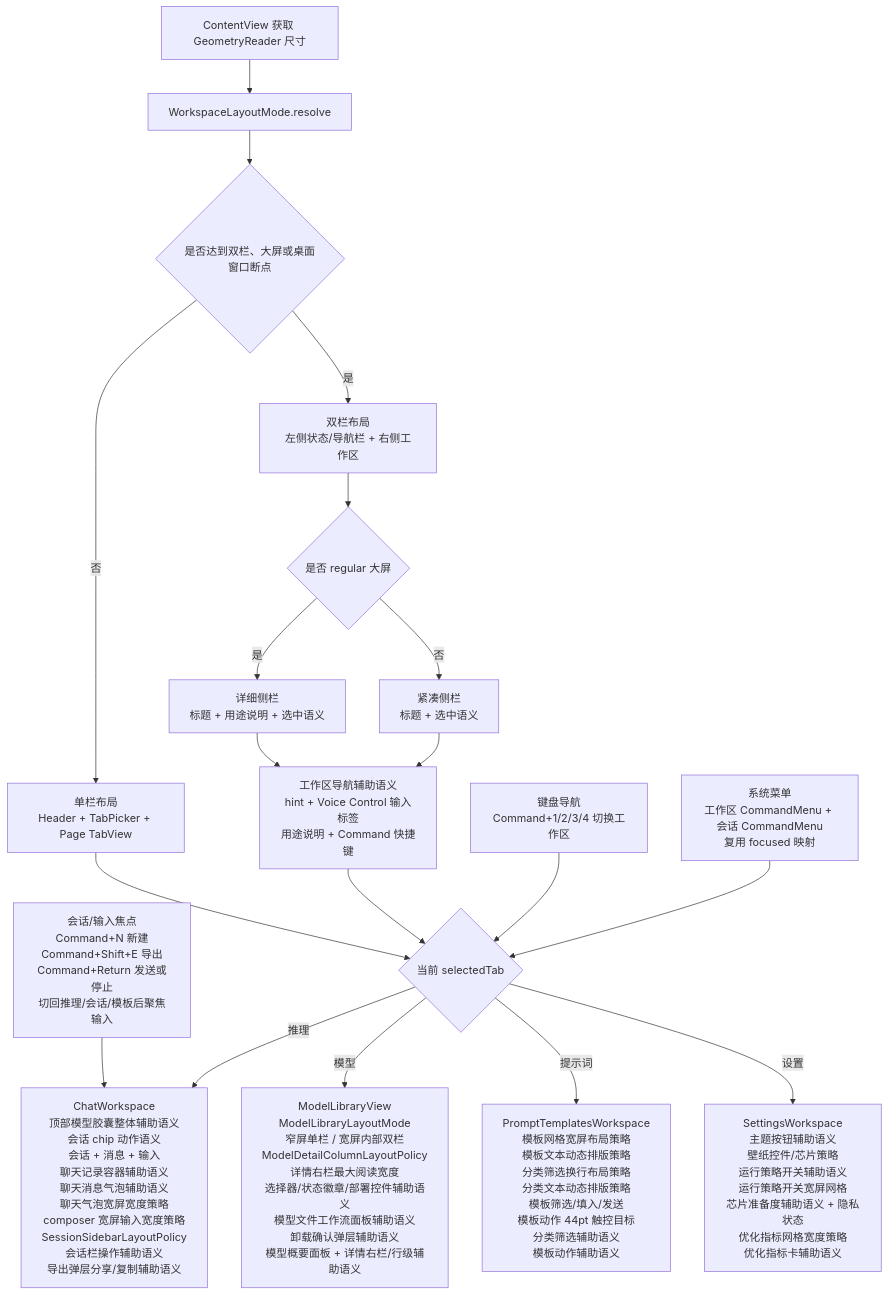
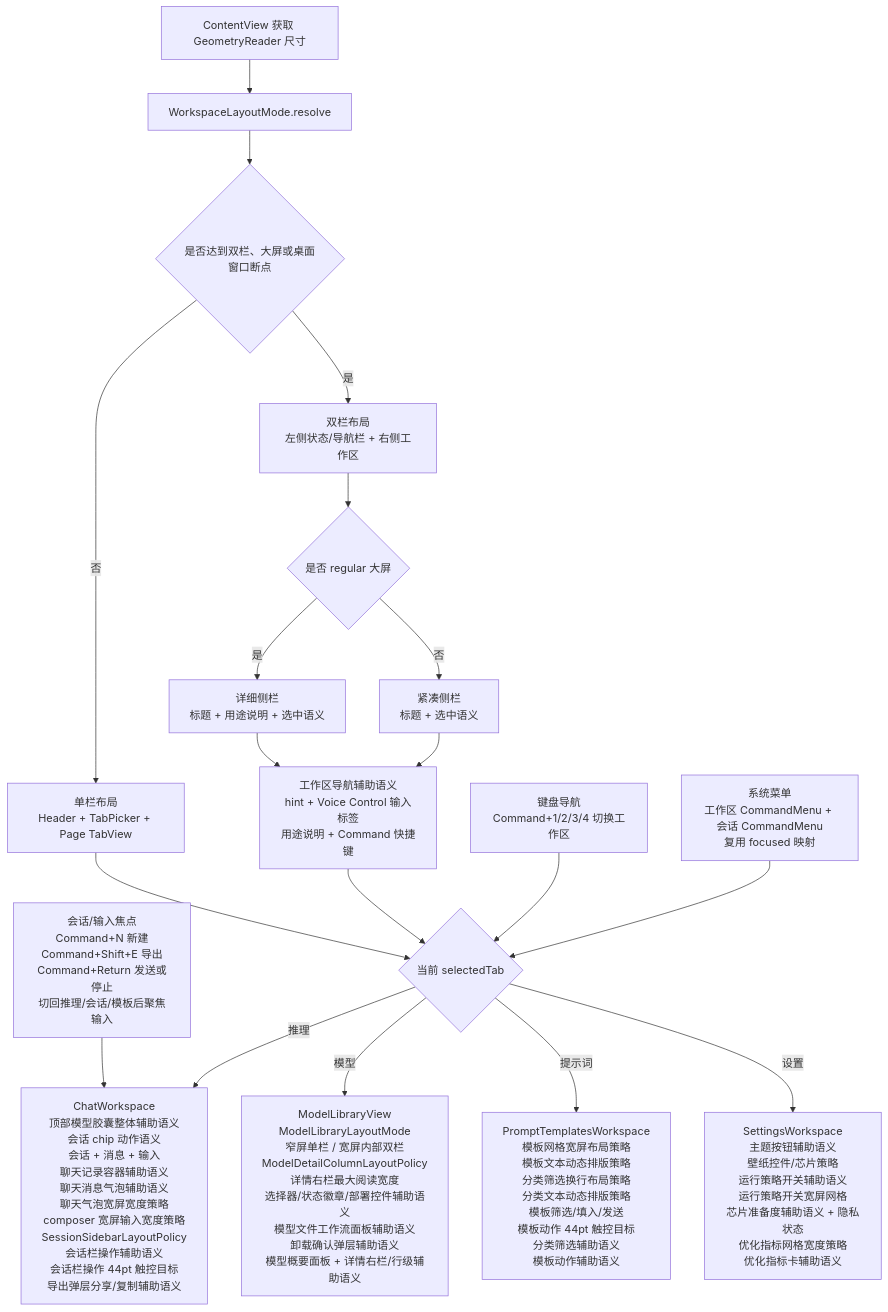
The fifth of 10 diagrams in md/flow/flowchart.md (Altman-sam114/113), drawn with Mermaid before and after one commit. The commit also changed other lines of this file and 8 other files, not shown here.

````diff
--- a/md/flow/flowchart.md
+++ b/md/flow/flowchart.md
@@ -84,21 +84,21 @@
 ```mermaid
 flowchart TD
     A[ContentView 获取 GeometryReader 尺寸] --> B[WorkspaceLayoutMode.resolve]
     B --> C{是否达到双栏、大屏或桌面窗口断点}
     C -- 否 --> D[单栏布局<br/>Header + TabPicker + Page TabView]
     C -- 是 --> E[双栏布局<br/>左侧状态/导航栏 + 右侧工作区]
     E --> N{是否 regular 大屏}
     N -- 是 --> O[详细侧栏<br/>标题 + 用途说明 + 选中语义]
     N -- 否 --> P[紧凑侧栏<br/>标题 + 选中语义]
     D --> F{当前 selectedTab}
     O --> X[工作区导航辅助语义<br/>hint + Voice Control 输入标签<br/>用途说明 + Command 快捷键]
     P --> X
     X --> F
     K[键盘导航<br/>Command+1/2/3/4 切换工作区] --> F
     M[系统菜单<br/>工作区 CommandMenu + 会话 CommandMenu<br/>复用 focused 映射] --> F
     L[会话/输入焦点<br/>Command+N 新建<br/>Command+Shift+E 导出<br/>Command+Return 发送或停止<br/>切回推理/会话/模板后聚焦输入] --> G
-    F -- 推理 --> G[ChatWorkspace<br/>顶部模型胶囊整体辅助语义<br/>会话 chip 动作语义<br/>会话 + 消息 + 输入<br/>聊天记录容器辅助语义<br/>聊天消息气泡辅助语义<br/>聊天气泡宽屏宽度策略<br/>composer 宽屏输入宽度策略<br/>SessionSidebarLayoutPolicy<br/>会话栏操作辅助语义<br/>导出弹层分享/复制辅助语义]
+    F -- 推理 --> G[ChatWorkspace<br/>顶部模型胶囊整体辅助语义<br/>会话 chip 动作语义<br/>会话 + 消息 + 输入<br/>聊天记录容器辅助语义<br/>聊天消息气泡辅助语义<br/>聊天气泡宽屏宽度策略<br/>composer 宽屏输入宽度策略<br/>SessionSidebarLayoutPolicy<br/>会话栏操作辅助语义<br/>会话栏操作 44pt 触控目标<br/>导出弹层分享/复制辅助语义]
     F -- 模型 --> H[ModelLibraryView<br/>ModelLibraryLayoutMode<br/>窄屏单栏 / 宽屏内部双栏<br/>ModelDetailColumnLayoutPolicy<br/>详情右栏最大阅读宽度<br/>选择器/状态徽章/部署控件辅助语义<br/>模型文件工作流面板辅助语义<br/>卸载确认弹层辅助语义<br/>模型概要面板 + 详情右栏/行级辅助语义]
     F -- 提示词 --> I[PromptTemplatesWorkspace<br/>模板网格宽屏布局策略<br/>模板文本动态排版策略<br/>分类筛选换行布局策略<br/>分类文本动态排版策略<br/>模板筛选/填入/发送<br/>模板动作 44pt 触控目标<br/>分类筛选辅助语义<br/>模板动作辅助语义]
     F -- 设置 --> J[SettingsWorkspace<br/>主题按钮辅助语义<br/>壁纸控件/芯片策略<br/>运行策略开关辅助语义<br/>运行策略开关宽屏网格<br/>芯片准备度辅助语义 + 隐私状态<br/>优化指标网格宽度策略<br/>优化指标卡辅助语义]
 ```
````
